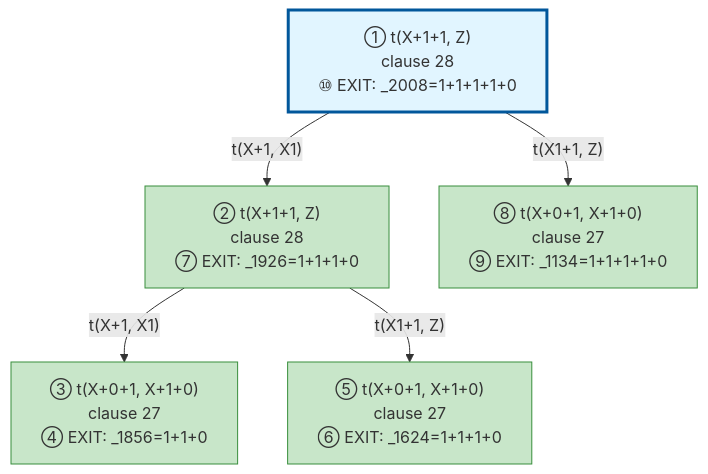
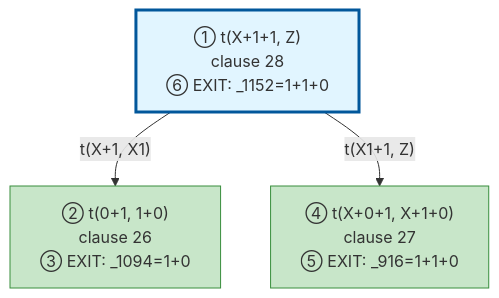
One commit to jarecsni/prolog-trace-viz changed the diagram in examples/3_3_operators-output.md. Above: the diagram before and after it, drawn with Mermaid. The commit also changed other lines of this file and 6 other files, not shown here.

````diff
--- a/examples/3_3_operators-output.md
+++ b/examples/3_3_operators-output.md
@@ -83,23 +49,17 @@
 ```mermaid
 graph TD
 
 %% Nodes
-A["① t(X+1+1, Z)<br/>clause 28<br/>⑩ EXIT: _2008=1+1+1+1+0"]
-B["② t(X+1+1, Z)<br/>clause 28<br/>⑦ EXIT: _1926=1+1+1+0"]
-C["③ t(X+0+1, X+1+0)<br/>clause 27<br/>④ EXIT: _1856=1+1+0"]
-D["⑤ t(X+0+1, X+1+0)<br/>clause 27<br/>⑥ EXIT: _1624=1+1+1+0"]
-E["⑧ t(X+0+1, X+1+0)<br/>clause 27<br/>⑨ EXIT: _1134=1+1+1+1+0"]
+A["① t(X+1+1, Z)<br/>clause 28<br/>⑥ EXIT: _1152=1+1+0"]
+B["② t(0+1, 1+0)<br/>clause 26<br/>③ EXIT: _1094=1+0"]
+C["④ t(X+0+1, X+1+0)<br/>clause 27<br/>⑤ EXIT: _916=1+1+0"]
 
 %% Edges
 A -->|"t(X+1, X1)"| B
-B -->|"t(X+1, X1)"| C
-B -->|"t(X1+1, Z)"| D
-A -->|"t(X1+1, Z)"| E
+A -->|"t(X1+1, Z)"| C
 
 %% Styles
 style A fill:#e1f5ff,stroke:#01579b,stroke-width:3px
 style B fill:#c8e6c9,stroke:#388e3c
 style C fill:#c8e6c9,stroke:#388e3c
-style D fill:#c8e6c9,stroke:#388e3c
-style E fill:#c8e6c9,stroke:#388e3c
 ```
````
